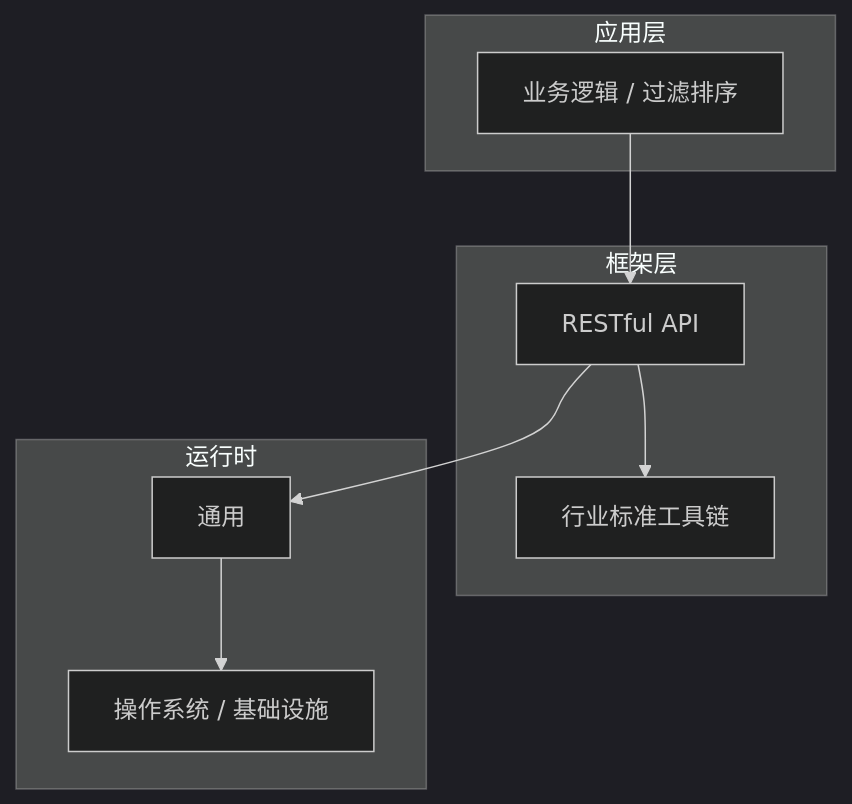
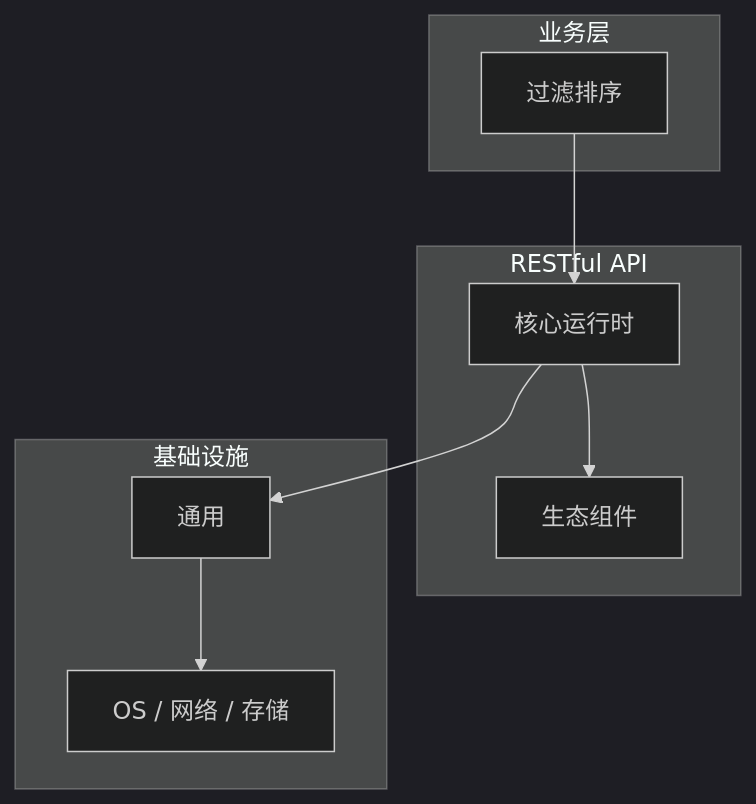
The diagram in articles/RESTful API/chapters/055-过滤排序核心概念与原理.md (yanggan2015/knowledge-json-v2), drawn with Mermaid (dark theme) before and after one commit. The commit also changed other lines of this file and 10127 other files, not shown here.

````diff
--- a/articles/RESTful API/chapters/055-过滤排序核心概念与原理.md
+++ b/articles/RESTful API/chapters/055-过滤排序核心概念与原理.md
@@ -45,18 +34,18 @@
 ```mermaid
 graph TB
-    subgraph 应用层
-        A[业务逻辑 / 过滤排序]
+    subgraph 业务层
+        A[过滤排序]
     end
-    subgraph 框架层
-        B[RESTful API]
-        C[行业标准工具链]
+    subgraph RESTful API
+        B[核心运行时]
+        C[生态组件]
     end
-    subgraph 运行时
+    subgraph 基础设施
         D[通用]
-        E[操作系统 / 基础设施]
+        E[OS / 网络 / 存储]
     end
     A --> B
     B --> C
     B --> D
     D --> E
 ```
````
